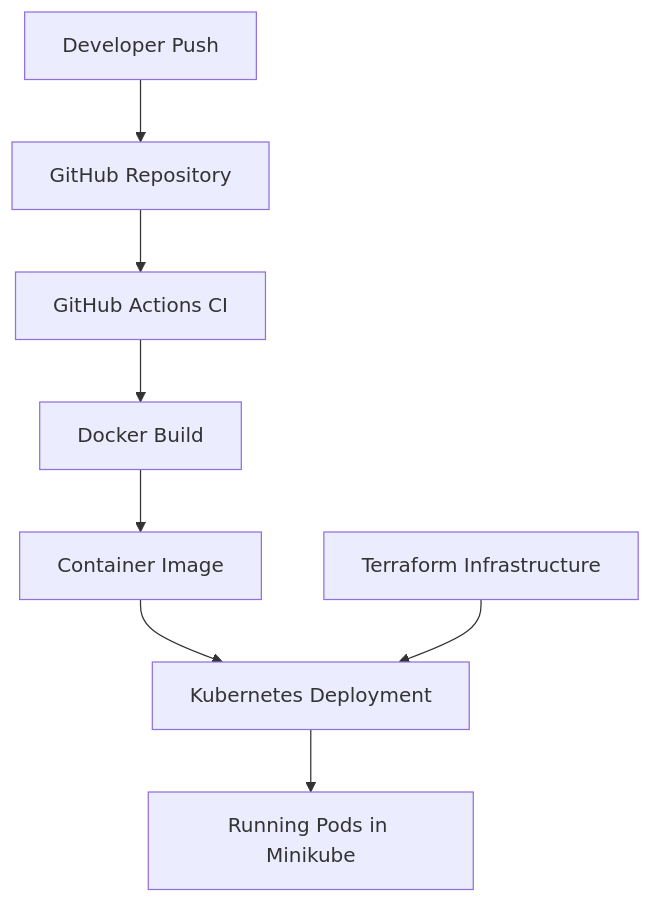
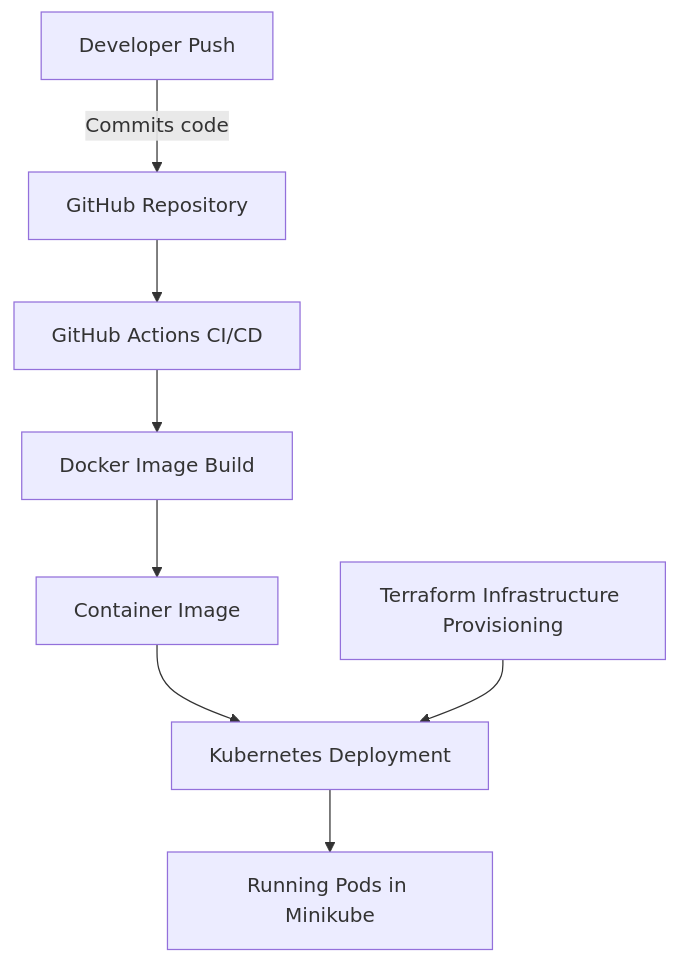
Before and after one commit to sheriffsalam/cloud-native-devops-portfolio: the diagram in README.md, drawn with Mermaid. The commit also changed other lines of this file, not shown here.

First line of the commit message:
Refactor architecture section and update diagram

````diff
--- a/README.md
+++ b/README.md
@@ -51,10 +31,10 @@
 ```mermaid
 flowchart TD
-    A[Developer Push] --> B[GitHub Repository]
-    B --> C[GitHub Actions CI]
-    C --> D[Docker Build]
+    A[Developer Push] -->|Commits code| B[GitHub Repository]
+    B --> C[GitHub Actions CI/CD]
+    C --> D[Docker Image Build]
     D --> E[Container Image]
     E --> F[Kubernetes Deployment]
     F --> G[Running Pods in Minikube]
-    H[Terraform Infrastructure] --> F
+    H[Terraform Infrastructure Provisioning] --> F
 ```
````
